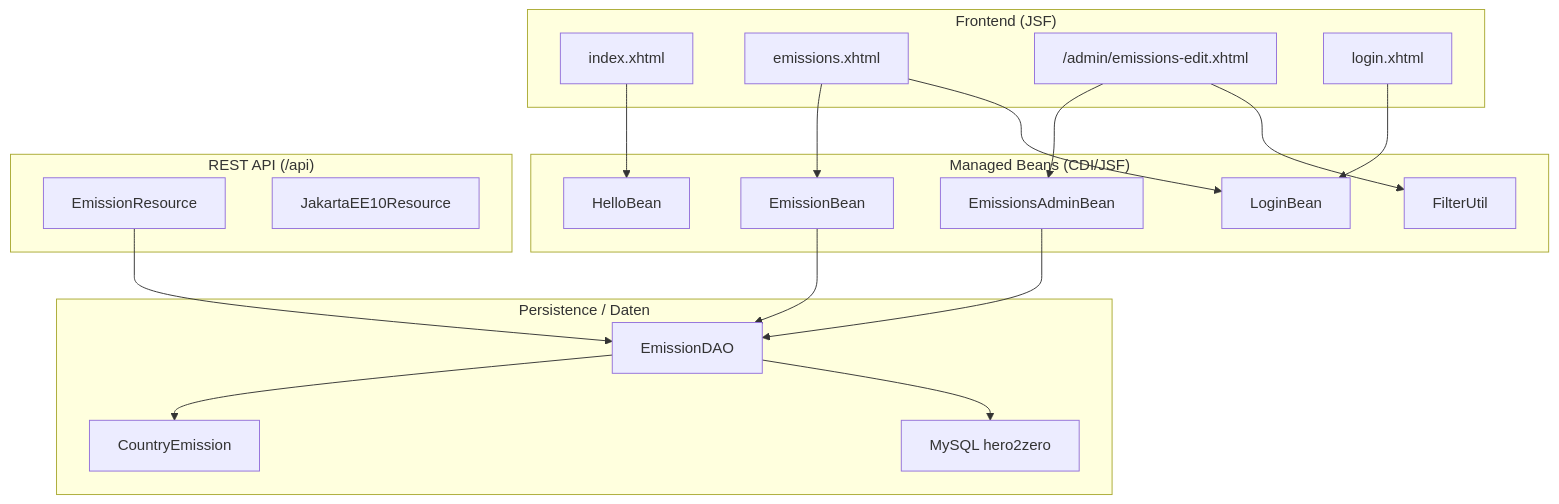
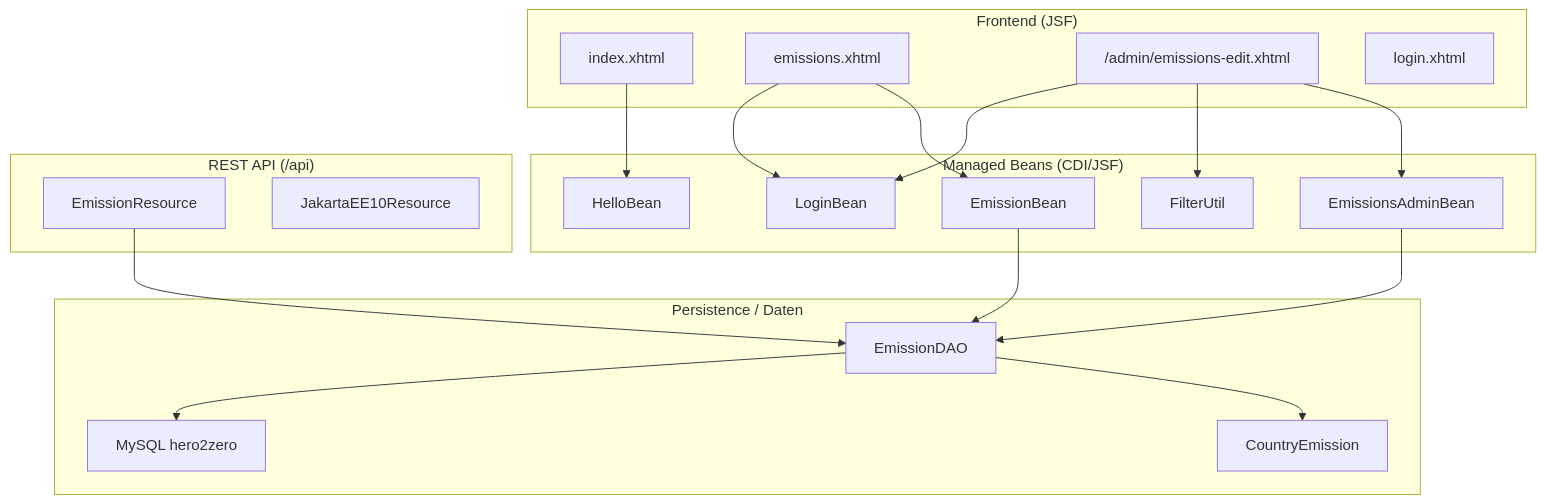
One commit to Seifroh/hero2zero changed the second of 5 diagrams in README.md. Above: the diagram before and after it, drawn with Mermaid. The commit also changed other lines of this file, not shown here.

````diff
--- a/README.md
+++ b/README.md
@@ -24,44 +25,44 @@
 ```mermaid
 flowchart TB
   %% --- Cluster ---
-  subgraph JSF["Frontend (JSF)"];
+  subgraph JSF["Frontend (JSF)"]
     index["index.xhtml"];
     emissions["emissions.xhtml"];
     admin["/admin/emissions-edit.xhtml"];
     login["login.xhtml"];
-  end;
+  end
 
-  subgraph Beans["Managed Beans (CDI/JSF)"];
+  subgraph Beans["Managed Beans (CDI/JSF)"]
     EmissionBean;
     EmissionsAdminBean;
     LoginBean;
     HelloBean;
     FilterUtil;
-  end;
+  end
 
-  subgraph REST["REST API (/api)"];
+  subgraph REST["REST API (/api)"]
     EmissionResource;
     JakartaEE10Resource;
-  end;
+  end
 
-  subgraph Persistence["Persistence / Daten"];
+  subgraph Persistence["Persistence / Daten"]
     EmissionDAO;
     CountryEmission;
     DB["MySQL hero2zero"];
-  end;
+  end
 
-  %% --- Verbindungen (aus deinem Code) ---
+  %% --- Verbindungen (aus dem Code) ---
   index --> HelloBean;
   emissions --> EmissionBean;
   emissions --> LoginBean;
   admin --> EmissionsAdminBean;
   admin --> FilterUtil;
-  login --> LoginBean;
+  admin --> LoginBean;
 
   EmissionBean --> EmissionDAO;
   EmissionsAdminBean --> EmissionDAO;
   EmissionResource --> EmissionDAO;
 
   EmissionDAO --> CountryEmission;
   EmissionDAO --> DB;
 ```
````
